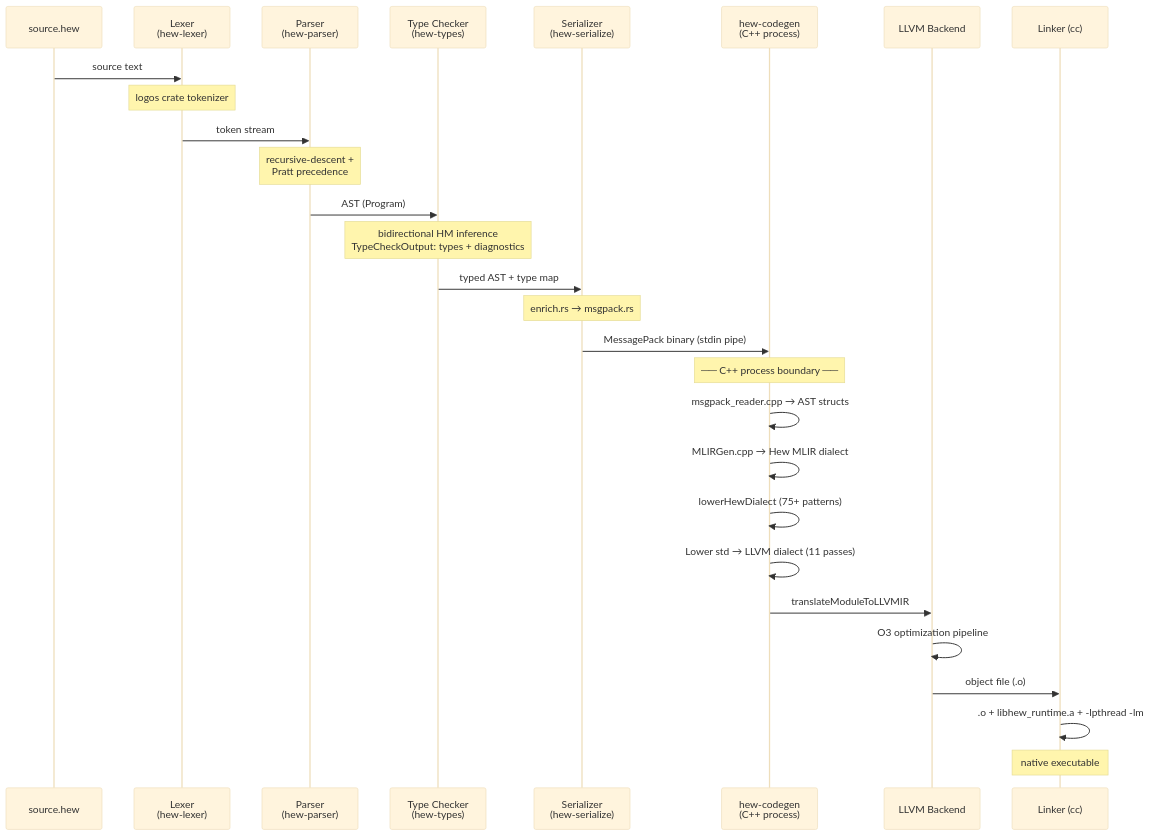
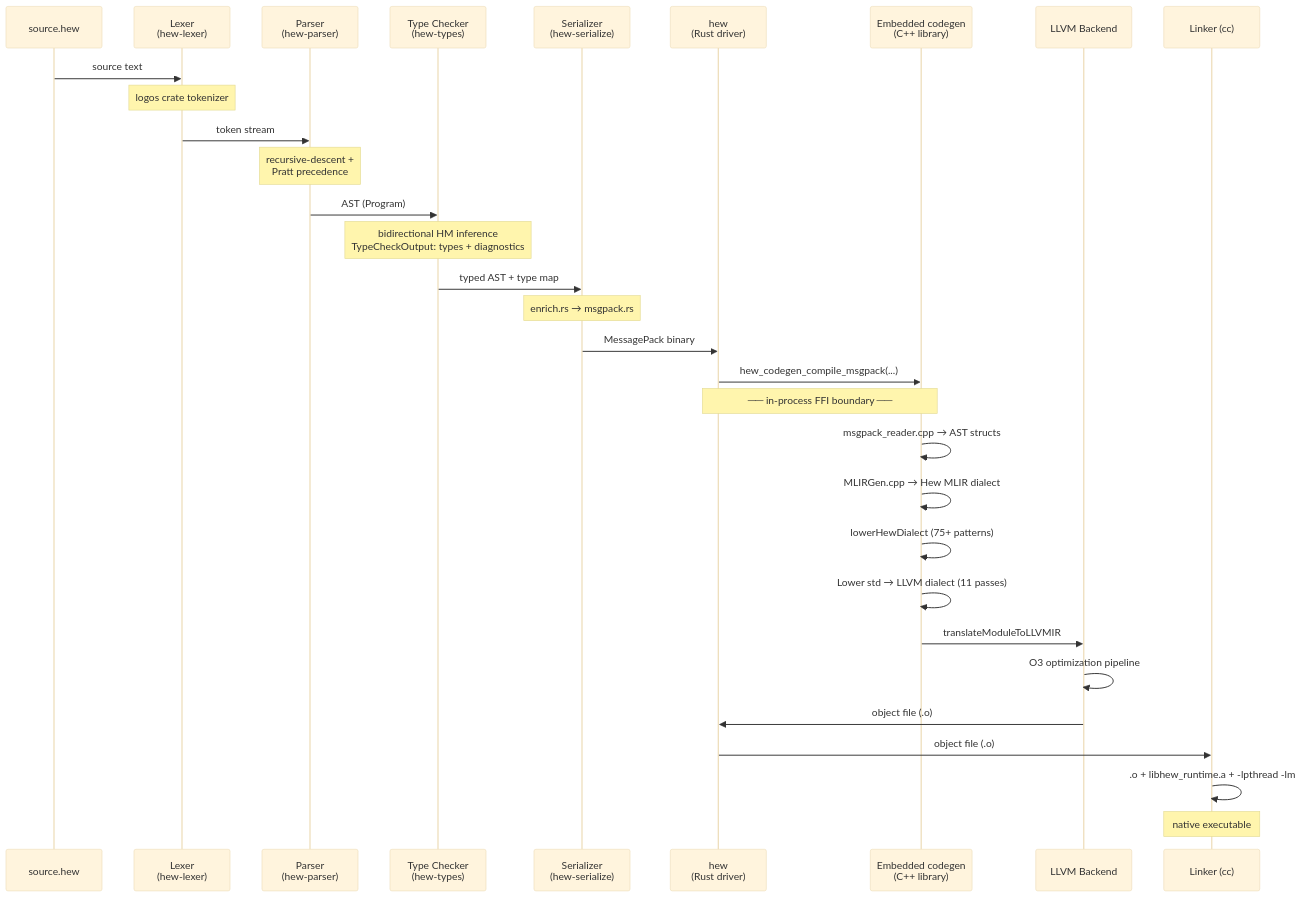
One commit to hew-lang/hew changed the first of 9 diagrams in docs/diagrams.md. Above: the diagram before and after it, drawn with Mermaid (base theme). The commit also changed other lines of this file and 59 other files, not shown here.

````diff
--- a/docs/diagrams.md
+++ b/docs/diagrams.md
@@ -13,31 +13,34 @@
 ```mermaid
 sequenceDiagram
     participant Source as source.hew
     participant Lexer as Lexer<br/>(hew-lexer)
     participant Parser as Parser<br/>(hew-parser)
     participant TypeChecker as Type Checker<br/>(hew-types)
     participant Serializer as Serializer<br/>(hew-serialize)
-    participant Codegen as hew-codegen<br/>(C++ process)
+    participant Hew as hew<br/>(Rust driver)
+    participant Codegen as Embedded codegen<br/>(C++ library)
     participant LLVM as LLVM Backend
     participant Linker as Linker (cc)
 
     Source->>Lexer: source text
     Note over Lexer: logos crate tokenizer
     Lexer->>Parser: token stream
     Note over Parser: recursive-descent +<br/>Pratt precedence
     Parser->>TypeChecker: AST (Program)
     Note over TypeChecker: bidirectional HM inference<br/>TypeCheckOutput: types + diagnostics
     TypeChecker->>Serializer: typed AST + type map
     Note over Serializer: enrich.rs → msgpack.rs
-    Serializer->>Codegen: MessagePack binary (stdin pipe)
-    Note over Codegen: ── C++ process boundary ──
+    Serializer->>Hew: MessagePack binary
+    Hew->>Codegen: hew_codegen_compile_msgpack(...)
+    Note over Hew,Codegen: ── in-process FFI boundary ──
     Codegen->>Codegen: msgpack_reader.cpp → AST structs
     Codegen->>Codegen: MLIRGen.cpp → Hew MLIR dialect
     Codegen->>Codegen: lowerHewDialect (75+ patterns)
     Codegen->>Codegen: Lower std → LLVM dialect (11 passes)
     Codegen->>LLVM: translateModuleToLLVMIR
     LLVM->>LLVM: O3 optimization pipeline
-    LLVM->>Linker: object file (.o)
+    LLVM->>Hew: object file (.o)
+    Hew->>Linker: object file (.o)
     Linker->>Linker: .o + libhew_runtime.a + -lpthread -lm
     Note over Linker: native executable
 ```
````
